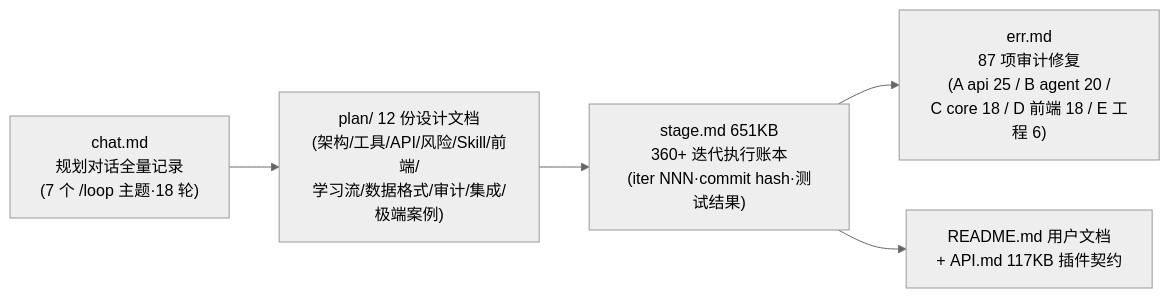
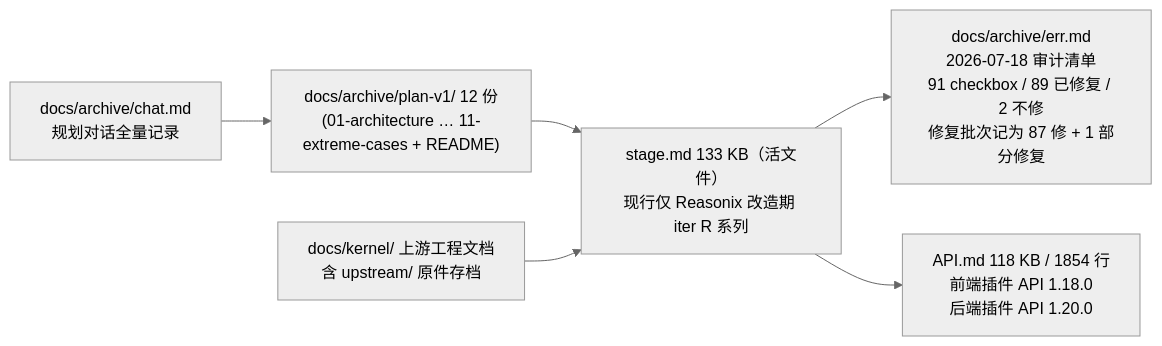
The diagram in note/11-周边与工程化.md (hershate/Deep-tutor), drawn with Mermaid (neutral theme) before and after one commit. The commit also changed other lines of this file, not shown here.

Commit message:
docs(note/11): 周边与工程化重基线——重算 CI 现状（只跑 Python v1 四步门禁，Go 门禁在 Makefile 且未接入 CI）、扩展与 skills 规模、文档资产链与已移除上游资产登记，新增 §G Go 侧周边资产（tools/ 门禁工具、sdk/go、desktop、scripts/reasonix、benchmark/、internal/platform 的生效状态与禁用项）

````diff
--- a/note/11-周边与工程化.md
+++ b/note/11-周边与工程化.md
@@ -72,7 +111,8 @@
 ```mermaid
 flowchart LR
-    CHAT["chat.md<br/>规划对话全量记录<br/>(7 个 /loop 主题·18 轮)"] --> PLAN["plan/ 12 份设计文档<br/>(架构/工具/API/风险/Skill/前端/<br/>学习流/数据格式/审计/集成/极端案例)"]
-    PLAN --> STAGE["stage.md 651KB<br/>360+ 迭代执行账本<br/>(iter NNN·commit hash·测试结果)"]
-    STAGE --> ERR["err.md<br/>87 项审计修复<br/>(A api 25 / B agent 20 /<br/>C core 18 / D 前端 18 / E 工程 6)"]
-    STAGE --> DOC["README.md 用户文档<br/>+ API.md 117KB 插件契约"]
+    CHAT["docs/archive/chat.md<br/>规划对话全量记录"] --> PLAN["docs/archive/plan-v1/ 12 份<br/>(01-architecture … 11-extreme-cases + README)"]
+    PLAN --> STAGE["stage.md 133 KB（活文件）<br/>现行仅 Reasonix 改造期 iter R 系列"]
+    STAGE --> ERR["docs/archive/err.md<br/>2026-07-18 审计清单<br/>91 checkbox / 89 已修复 / 2 不修<br/>修复批次记为 87 修 + 1 部分修复"]
+    STAGE --> DOC["API.md 118 KB / 1854 行<br/>前端插件 API 1.18.0<br/>后端插件 API 1.20.0"]
+    KERNEL["docs/kernel/ 上游工程文档<br/>含 upstream/ 原件存档"] --> STAGE
 ```
````
